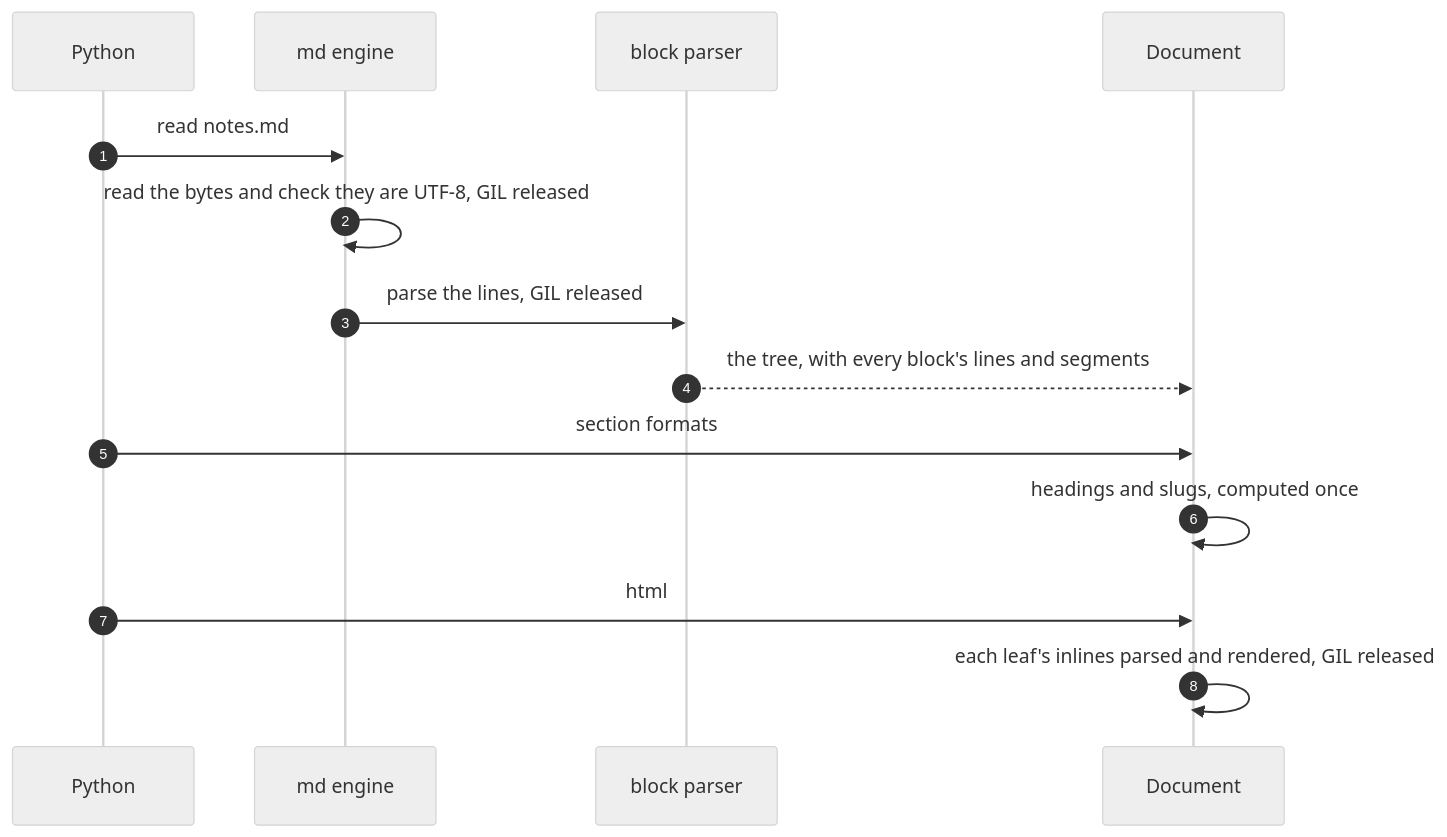
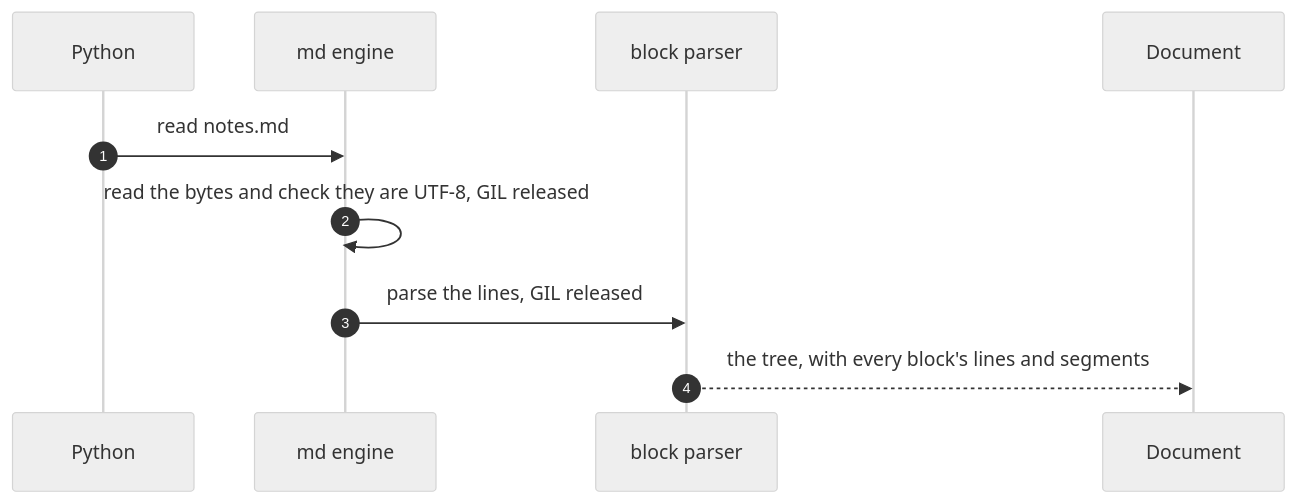
Before and after one commit to Debith/pygim: the third of 4 diagrams in docs/design/pathlike_markdown.md, drawn with Mermaid (neutral theme). The commit also changed other lines of this file and 6 other files, not shown here.

````diff
--- a/docs/design/pathlike_markdown.md
+++ b/docs/design/pathlike_markdown.md
@@ -221,16 +228,12 @@
 ```mermaid
 sequenceDiagram
     autonumber
     participant P as Python
     participant E as md engine
     participant B as block parser
     participant D as Document
     P->>E: read notes.md
     E->>E: read the bytes and check they are UTF-8, GIL released
     E->>B: parse the lines, GIL released
     B-->>D: the tree, with every block's lines and segments
-    P->>D: section formats
-    D->>D: headings and slugs, computed once
-    P->>D: html
-    D->>D: each leaf's inlines parsed and rendered, GIL released
 ```
````
